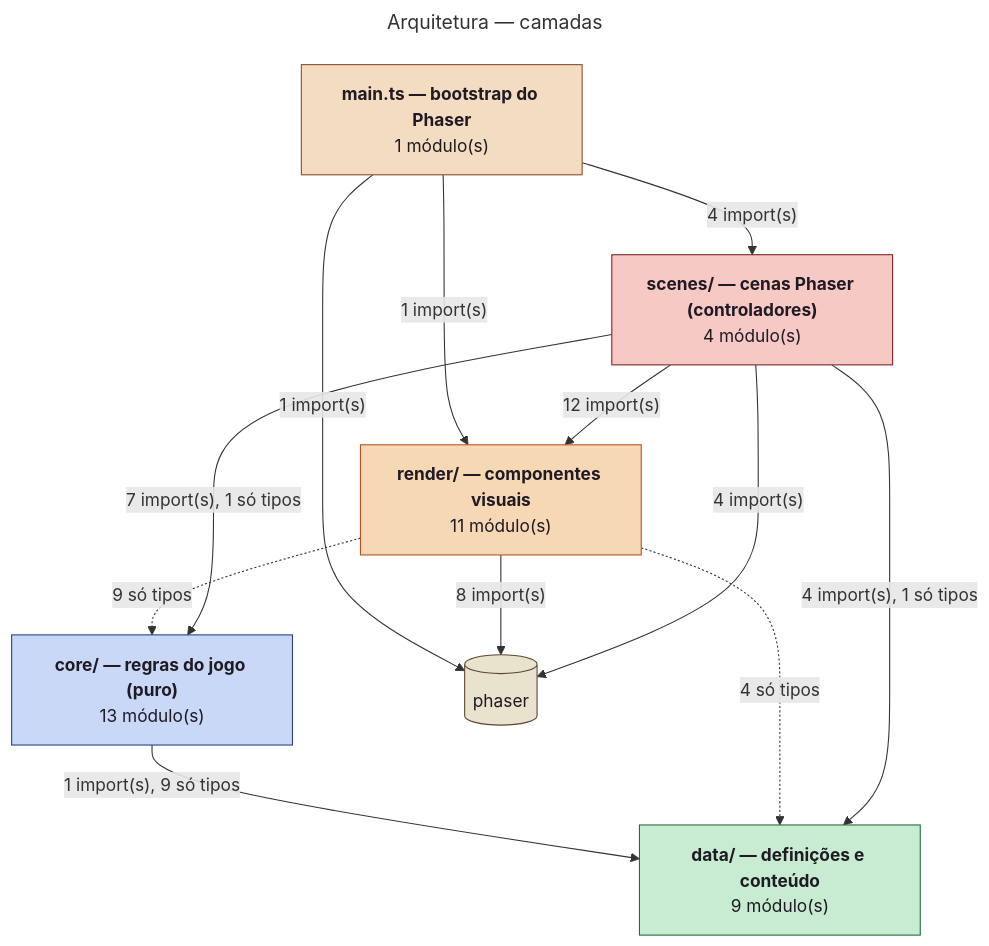
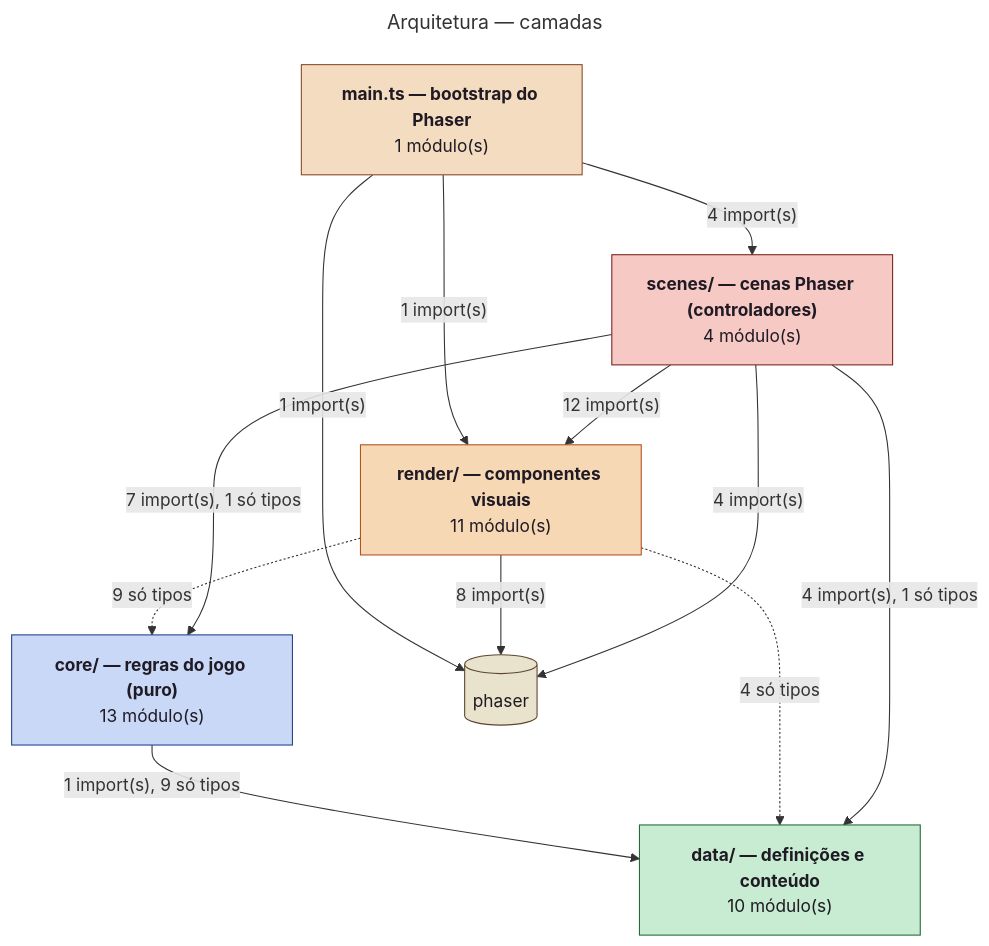
The first of 2 diagrams in docs/diagrams/architecture.md (Pitossomos/fire-crest), drawn with Mermaid before and after one commit. The commit also changed other lines of this file and 14 other files, not shown here.

````diff
--- a/docs/diagrams/architecture.md
+++ b/docs/diagrams/architecture.md
@@ -11,30 +11,30 @@
 ```mermaid
 ---
 title: Arquitetura — camadas
 ---
 flowchart TB
   app["<b>main.ts — bootstrap do Phaser</b><br/>1 módulo(s)"]:::layer_app
   scenes["<b>scenes/ — cenas Phaser (controladores)</b><br/>4 módulo(s)"]:::layer_scenes
   render["<b>render/ — componentes visuais</b><br/>11 módulo(s)"]:::layer_render
   core["<b>core/ — regras do jogo (puro)</b><br/>13 módulo(s)"]:::layer_core
-  data["<b>data/ — definições e conteúdo</b><br/>9 módulo(s)"]:::layer_data
+  data["<b>data/ — definições e conteúdo</b><br/>10 módulo(s)"]:::layer_data
   ext_phaser[("phaser")]:::external
   app -->|"1 import(s)"| ext_phaser
   app -->|"1 import(s)"| render
   app -->|"4 import(s)"| scenes
   core -->|"1 import(s), 9 só tipos"| data
   render -.->|"9 só tipos"| core
   render -.->|"4 só tipos"| data
   render -->|"8 import(s)"| ext_phaser
   scenes -->|"7 import(s), 1 só tipos"| core
   scenes -->|"4 import(s), 1 só tipos"| data
   scenes -->|"4 import(s)"| ext_phaser
   scenes -->|"12 import(s)"| render
   classDef external fill:#e9e2cc,stroke:#5c4630,color:#1f1a24
   classDef layer_app fill:#f3dcc0,stroke:#8a4a2a,color:#1f1a24
   classDef layer_scenes fill:#f6c9c4,stroke:#7a2420,color:#1f1a24
   classDef layer_render fill:#f7d8b5,stroke:#b4531f,color:#1f1a24
   classDef layer_core fill:#c9d8f6,stroke:#24418a,color:#1f1a24
   classDef layer_data fill:#c8ecd2,stroke:#226b37,color:#1f1a24
   classDef layer_save fill:#ddd2f2,stroke:#4b3a6b,color:#1f1a24
 ```
````
